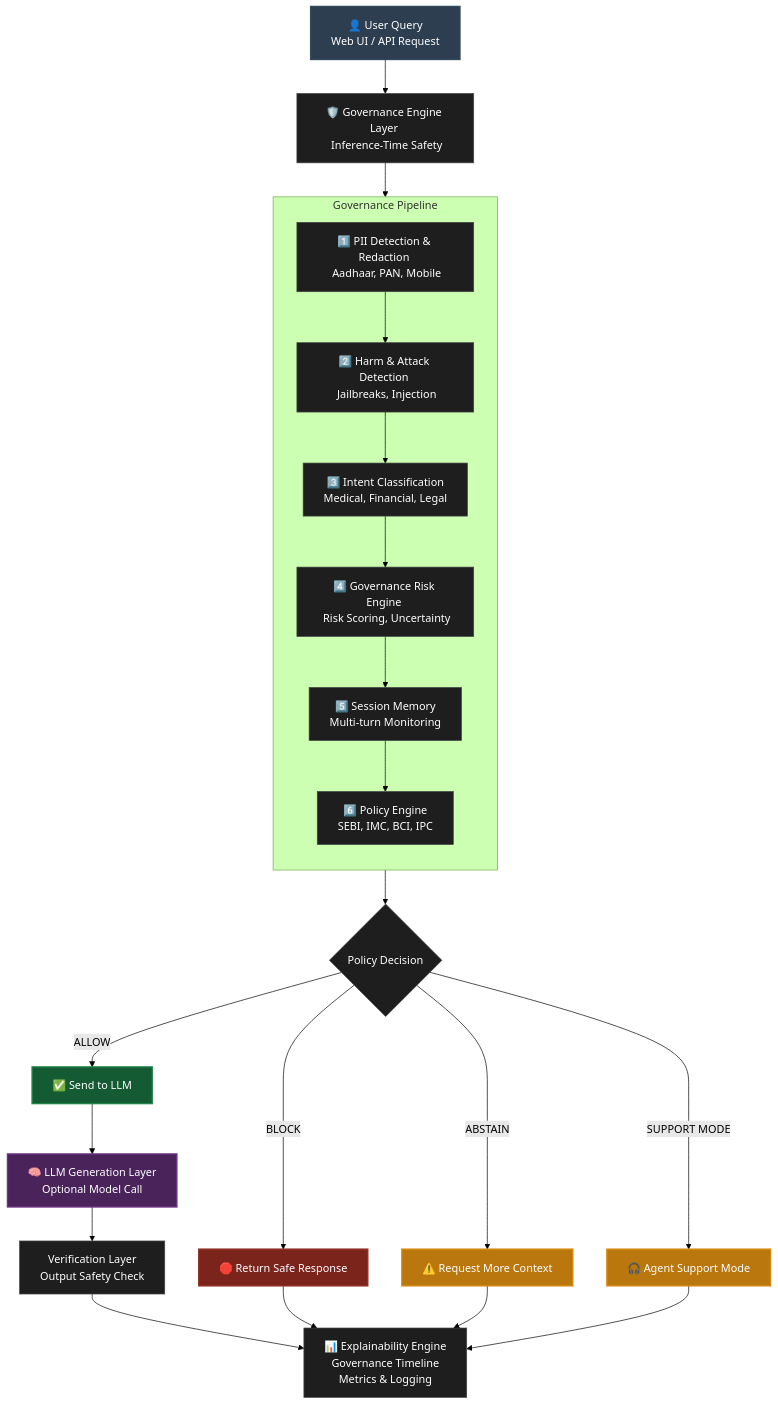
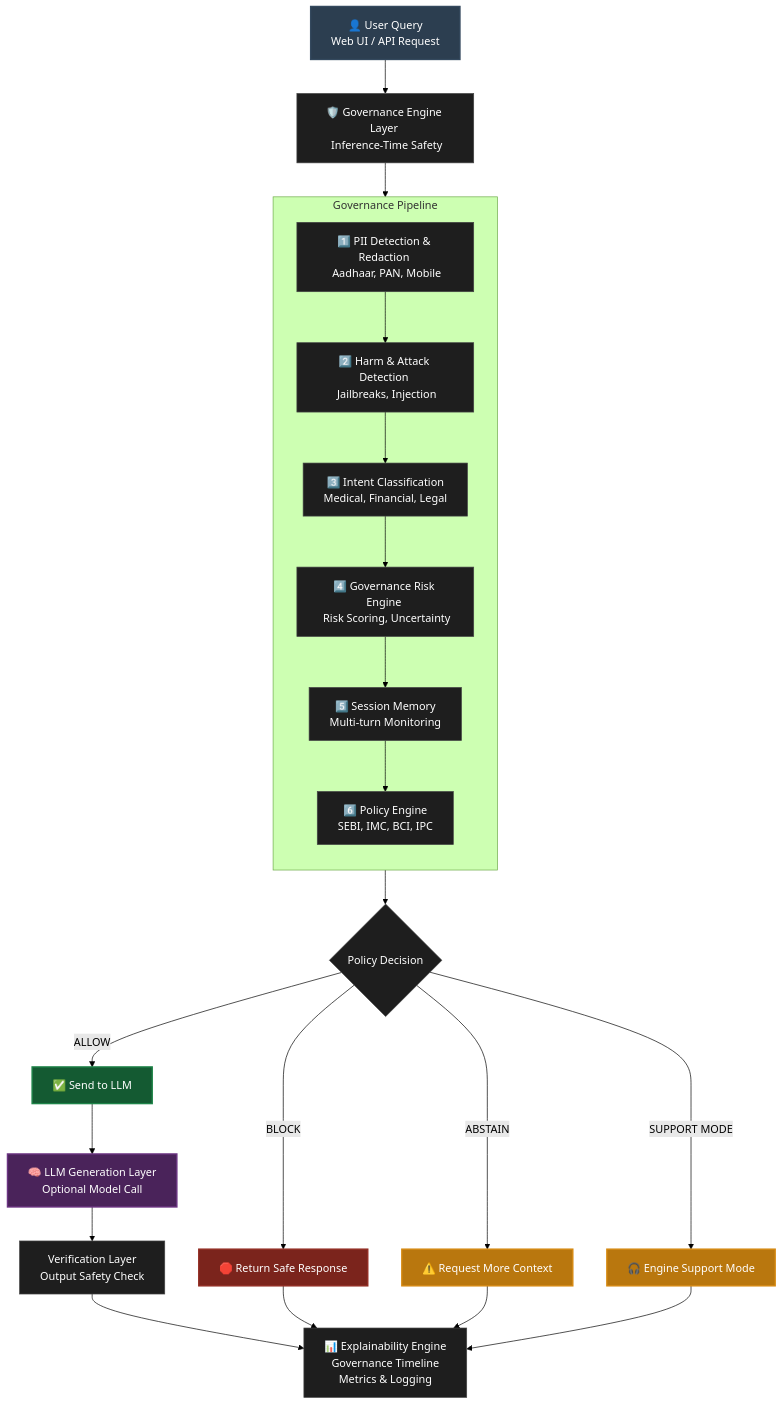
Before and after one commit to Alkur123/india-ai-safety-and-governance-engine: the first of 3 diagrams in README.md, drawn with Mermaid (forest theme). The commit also changed other lines of this file, not shown here.

````diff
--- a/README.md
+++ b/README.md
@@ -66,39 +68,39 @@
 ```mermaid
 graph TD
     classDef default fill:#1E1E1E,stroke:#444,stroke-width:1px,color:#fff;
     classDef user fill:#2C3E50,stroke:#34495E,stroke-width:2px,color:#fff;
     classDef LLM fill:#4A235A,stroke:#6C3483,stroke-width:2px,color:#fff;
     classDef allow fill:#145A32,stroke:#1E8449,stroke-width:2px,color:#fff;
     classDef block fill:#7B241C,stroke:#922B21,stroke-width:2px,color:#fff;
     classDef abstain fill:#B9770E,stroke:#D68910,stroke-width:2px,color:#fff;
     
     U[👤 User Query <br/> Web UI / API Request]:::user --> GL[🛡️ Governance Engine Layer <br/> Inference-Time Safety]
     
     subgraph Pipeline [Governance Pipeline]
         direction TB
         P1[1️⃣ PII Detection & Redaction <br/> Aadhaar, PAN, Mobile]
         P2[2️⃣ Harm & Attack Detection <br/> Jailbreaks, Injection]
         P3[3️⃣ Intent Classification <br/> Medical, Financial, Legal]
         P4[4️⃣ Governance Risk Engine <br/> Risk Scoring, Uncertainty]
         P5[5️⃣ Session Memory <br/> Multi-turn Monitoring]
         P6[6️⃣ Policy Engine <br/> SEBI, IMC, BCI, IPC]
         
         P1 --> P2 --> P3 --> P4 --> P5 --> P6
     end
     
     GL --> Pipeline
     Pipeline --> PD{Policy Decision}
     
     PD -->|ALLOW| AL[✅ Send to LLM]:::allow
     PD -->|BLOCK| BL[🛑 Return Safe Response]:::block
     PD -->|ABSTAIN| AB[⚠️ Request More Context]:::abstain
-    PD -->|SUPPORT MODE| SM[🎧 Agent Support Mode]:::abstain
+    PD -->|SUPPORT MODE| SM[🎧 Engine Support Mode]:::abstain
     
     AL --> LLM[🧠 LLM Generation Layer <br/> Optional Model Call]:::LLM
     LLM --> VL[Verification Layer <br/> Output Safety Check]
     
     VL --> EE[📊 Explainability Engine <br/> Governance Timeline <br/> Metrics & Logging]
     BL --> EE
     AB --> EE
     SM --> EE
 ```
````
